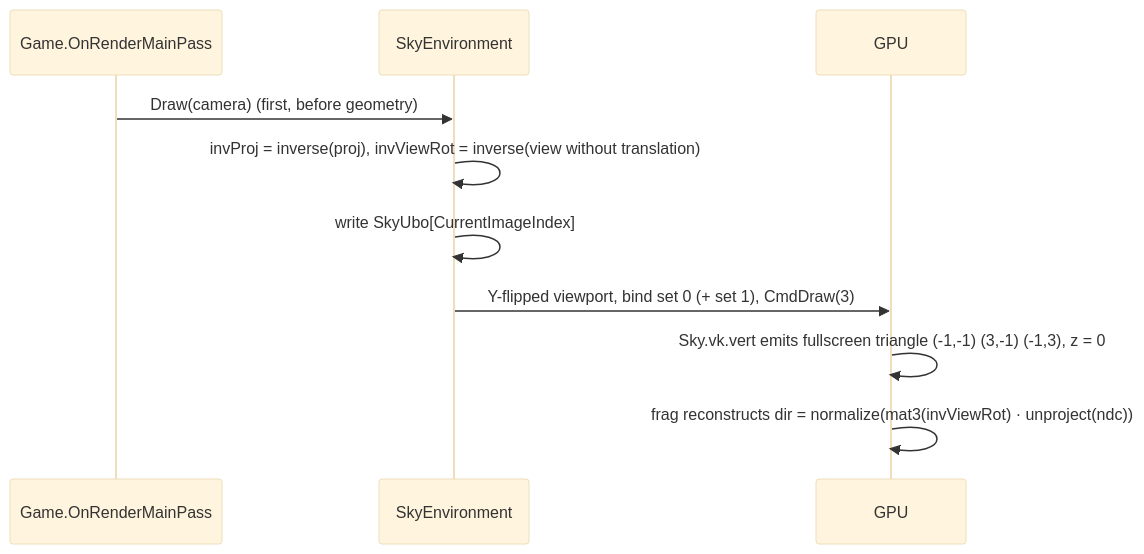
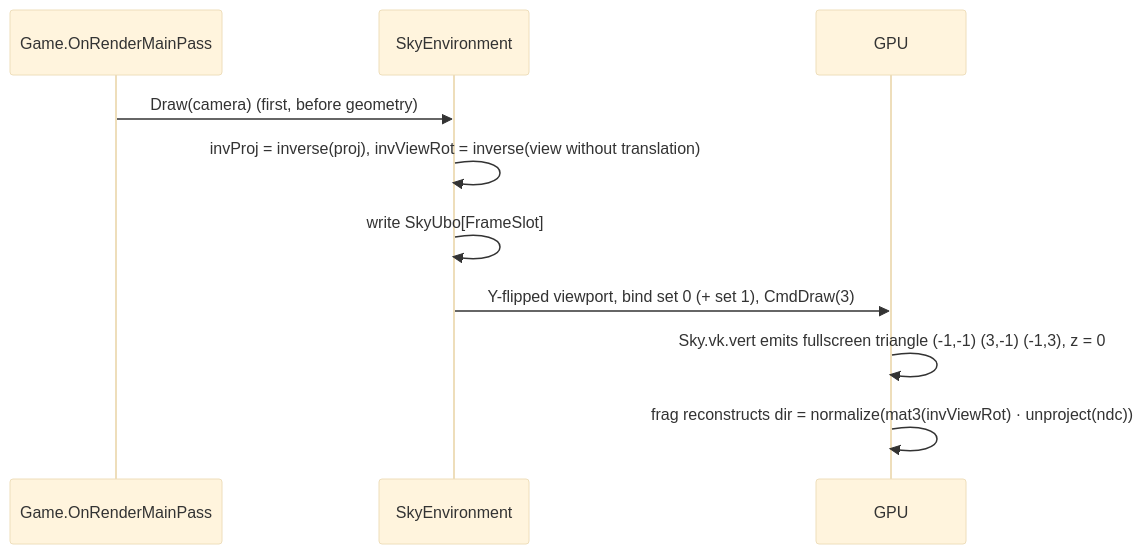
One commit to Mainframe-Games/mainframe-engine changed the diagram in docs/design/sky.md. Above: the diagram before and after it, drawn with Mermaid (base theme). The commit also changed other lines of this file and 23 other files, not shown here.

````diff
--- a/docs/design/sky.md
+++ b/docs/design/sky.md
@@ -55,12 +55,12 @@
 ```mermaid
 sequenceDiagram
     participant G as Game.OnRenderMainPass
     participant S as SkyEnvironment
     participant GPU
     G->>S: Draw(camera)  (first, before geometry)
     S->>S: invProj = inverse(proj), invViewRot = inverse(view without translation)
-    S->>S: write SkyUbo[CurrentImageIndex]
+    S->>S: write SkyUbo[FrameSlot]
     S->>GPU: Y-flipped viewport, bind set 0 (+ set 1), CmdDraw(3)
     GPU->>GPU: Sky.vk.vert emits fullscreen triangle (-1,-1) (3,-1) (-1,3), z = 0
     GPU->>GPU: frag reconstructs dir = normalize(mat3(invViewRot) · unproject(ndc))
 ```
````
